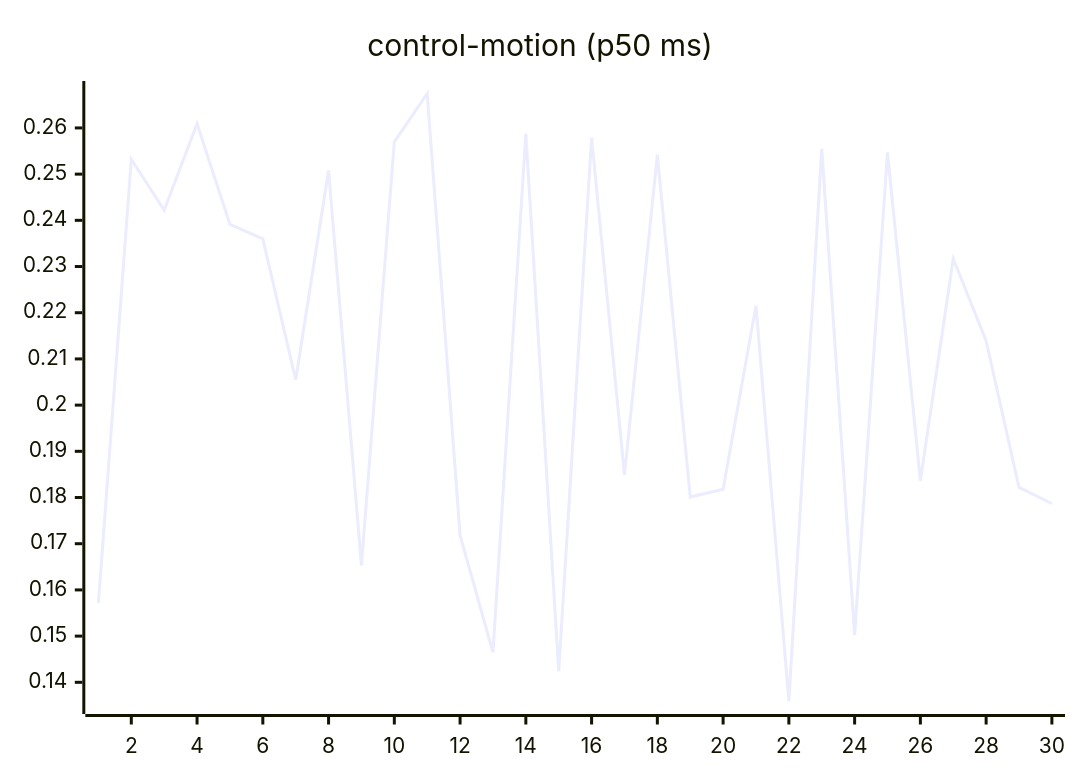
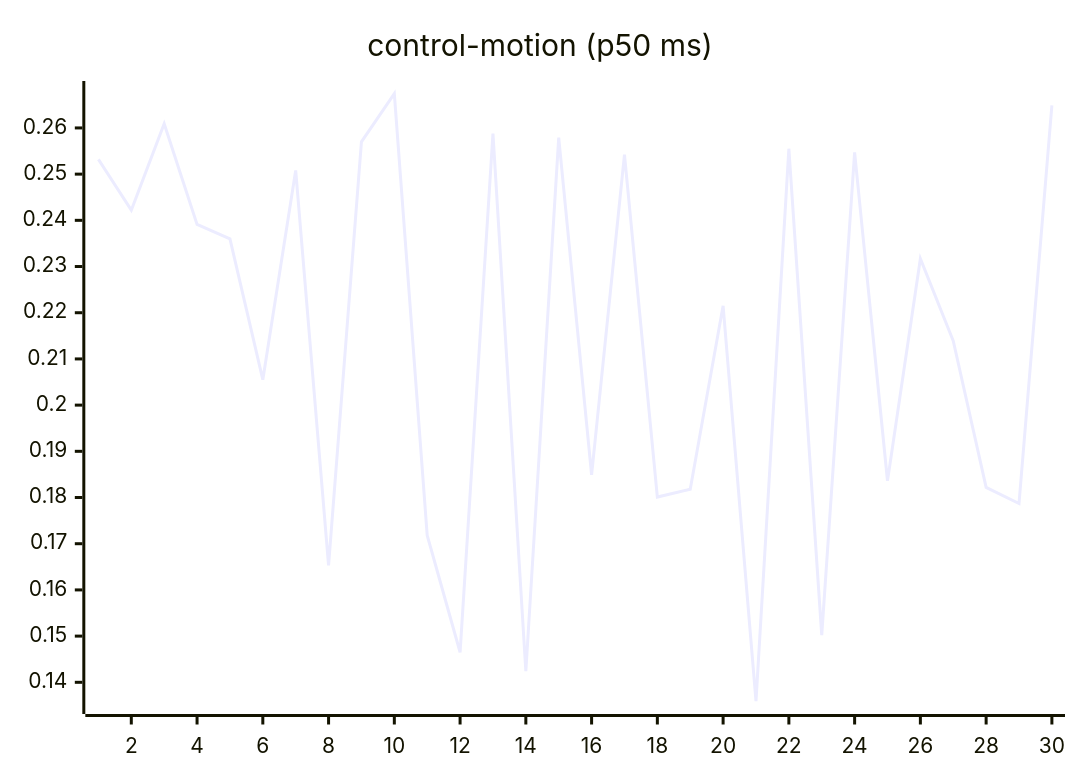
Before and after one commit to josha/Facet: the seventh of 27 diagrams in README.md, drawn with Mermaid. The commit also changed other lines of this file and 2 other files, not shown here.

````diff
--- a/README.md
+++ b/README.md
@@ -105,6 +105,6 @@
 ```mermaid
 xychart-beta
     title "control-motion (p50 ms)"
     x-axis 1 --> 30
-    line [0.1572, 0.2532, 0.2422, 0.2609, 0.2391, 0.2360, 0.2055, 0.2508, 0.1653, 0.2570, 0.2674, 0.1718, 0.1465, 0.2588, 0.1424, 0.2579, 0.1849, 0.2542, 0.1801, 0.1818, 0.2215, 0.1359, 0.2555, 0.1502, 0.2547, 0.1836, 0.2317, 0.2139, 0.1822, 0.1787]
+    line [0.2532, 0.2422, 0.2609, 0.2391, 0.2360, 0.2055, 0.2508, 0.1653, 0.2570, 0.2674, 0.1718, 0.1465, 0.2588, 0.1424, 0.2579, 0.1849, 0.2542, 0.1801, 0.1818, 0.2215, 0.1359, 0.2555, 0.1502, 0.2547, 0.1836, 0.2317, 0.2139, 0.1822, 0.1787, 0.2649]
 ```
````
